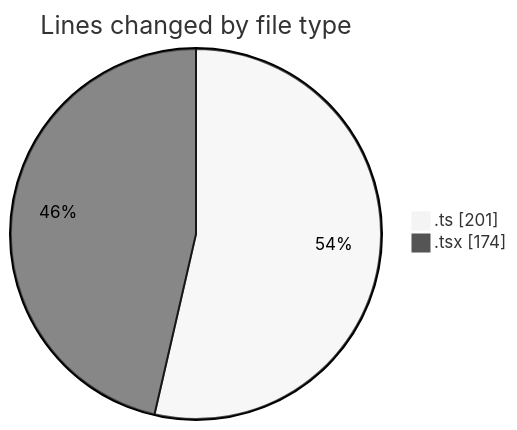
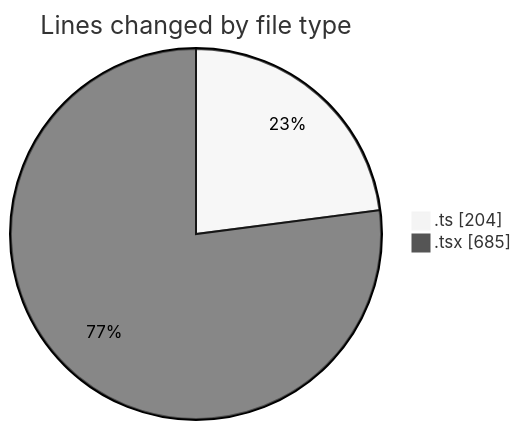
The first of 2 diagrams in 2025-10-28/eventscop-frontend-guide__workspace_/README.md (julien-gomy/code-tracking), drawn with Mermaid (neutral theme) before and after one commit. The commit also changed other lines of this file and 1 other file, not shown here.

````diff
--- a/2025-10-28/eventscop-frontend-guide__workspace_/README.md
+++ b/2025-10-28/eventscop-frontend-guide__workspace_/README.md
@@ -27,6 +28,6 @@
 ```mermaid
 pie showData
 title Lines changed by file type
-".ts" : 201
-".tsx" : 174
+".ts" : 204
+".tsx" : 685
 ```
````
